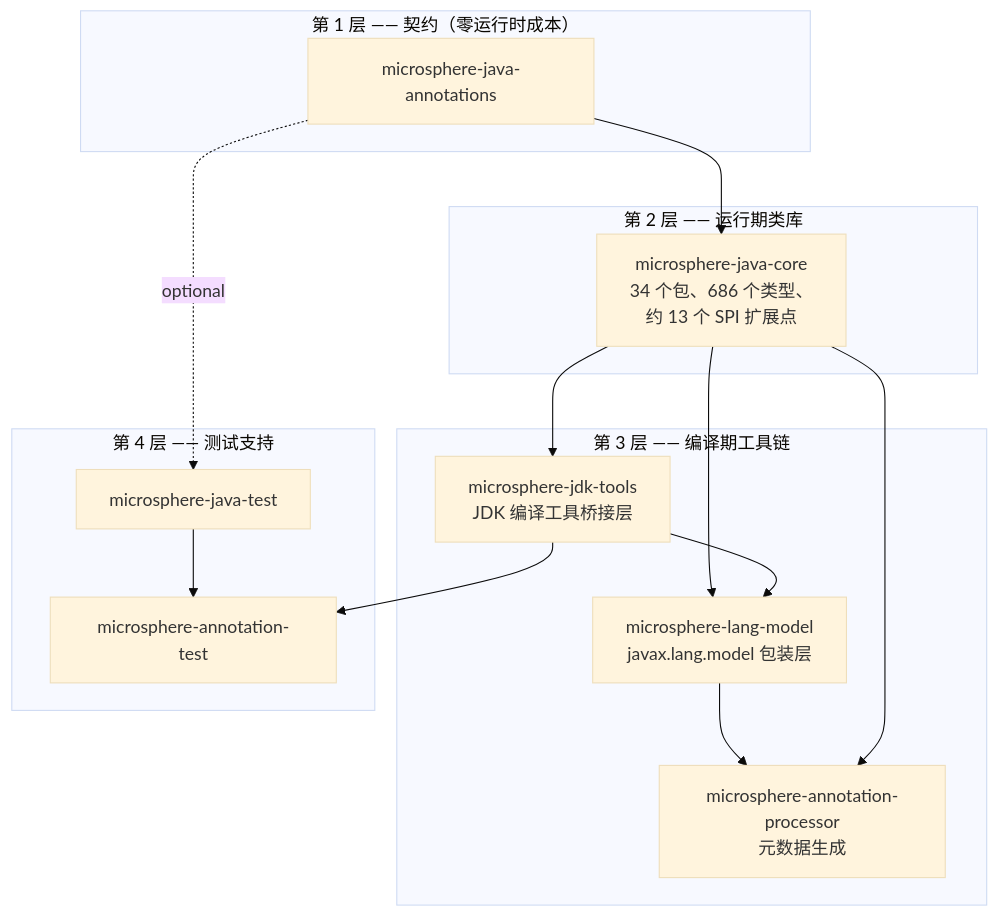
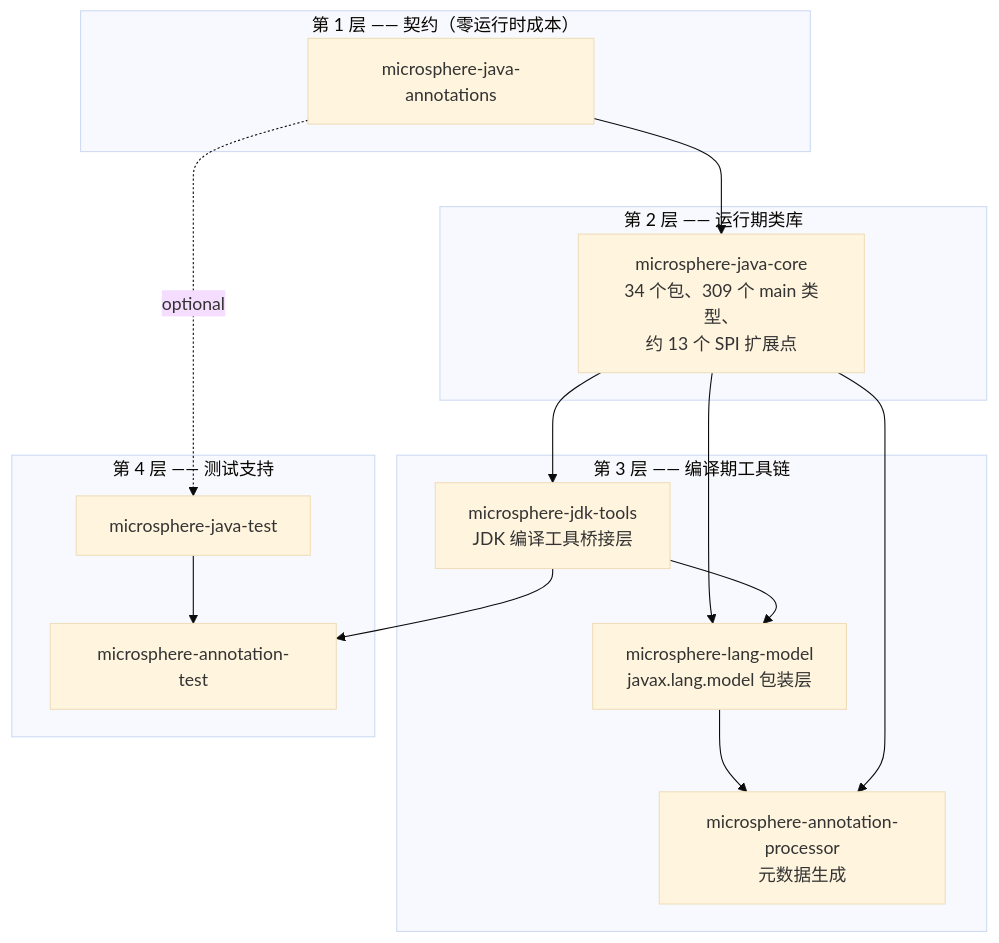
The first of 4 diagrams in docs/current/developer-guide/zh/README.md (microsphere-projects/microsphere-java), drawn with Mermaid (base theme) before and after one commit. The commit also changed other lines of this file and 29 other files, not shown here.

````diff
--- a/docs/current/developer-guide/zh/README.md
+++ b/docs/current/developer-guide/zh/README.md
@@ -21,28 +21,28 @@
 ```mermaid
 graph TD
     subgraph L1["第 1 层 —— 契约（零运行时成本）"]
         ANNO["microsphere-java-annotations"]
     end
     subgraph L2["第 2 层 —— 运行期类库"]
-        CORE["microsphere-java-core<br/>34 个包、686 个类型、<br/>约 13 个 SPI 扩展点"]
+        CORE["microsphere-java-core<br/>34 个包、309 个 main 类型、<br/>约 13 个 SPI 扩展点"]
     end
     subgraph L3["第 3 层 —— 编译期工具链"]
         JDKTOOLS["microsphere-jdk-tools<br/>JDK 编译工具桥接层"]
         LANGMODEL["microsphere-lang-model<br/>javax.lang.model 包装层"]
         AP["microsphere-annotation-processor<br/>元数据生成"]
     end
     subgraph L4["第 4 层 —— 测试支持"]
         JTEST["microsphere-java-test"]
         ATEST["microsphere-annotation-test"]
     end
 
     ANNO --> CORE
     CORE --> JDKTOOLS
     CORE --> LANGMODEL
     JDKTOOLS --> LANGMODEL
     LANGMODEL --> AP
     CORE --> AP
     ANNO -.optional.-> JTEST
     JTEST --> ATEST
     JDKTOOLS --> ATEST
 ```
````
